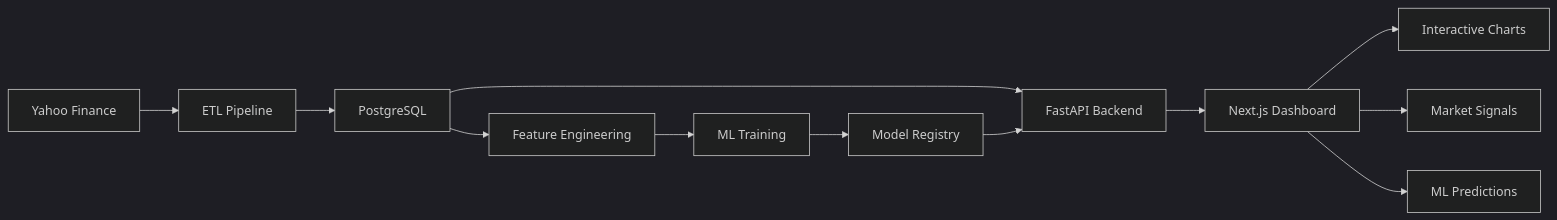
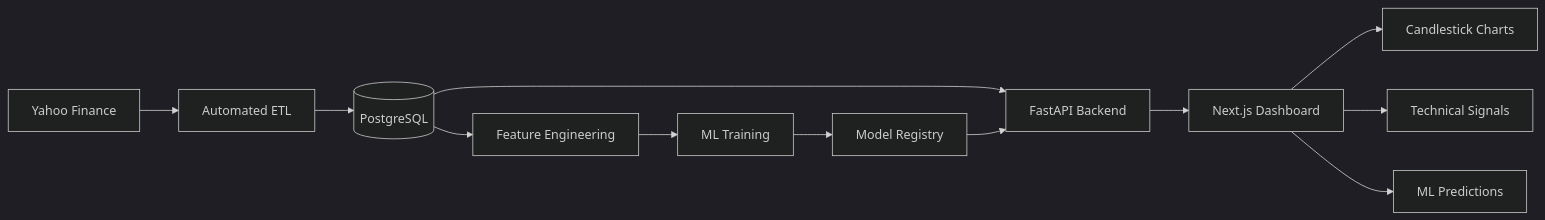
One commit to saltanikamal/financial-market-analytics-platform changed the diagram in README.md. Above: the diagram before and after it, drawn with Mermaid (dark theme).

Commit message:
Improve README architecture diagram

````diff
--- a/README.md
+++ b/README.md
@@ -253,26 +253,19 @@
 ```mermaid
-
 flowchart LR
 
-    A[Yahoo Finance] --> B[ETL Pipeline]
-
-    B --> C[PostgreSQL]
+    A[Yahoo Finance] --> B[Automated ETL]
+    B --> C[(PostgreSQL)]
 
     C --> D[Feature Engineering]
-
     D --> E[ML Training]
-
     E --> F[Model Registry]
 
     C --> G[FastAPI Backend]
-
     F --> G
 
     G --> H[Next.js Dashboard]
 
-    H --> I[Interactive Charts]
-
-    H --> J[Market Signals]
-
+    H --> I[Candlestick Charts]
+    H --> J[Technical Signals]
     H --> K[ML Predictions]
 ```
````
